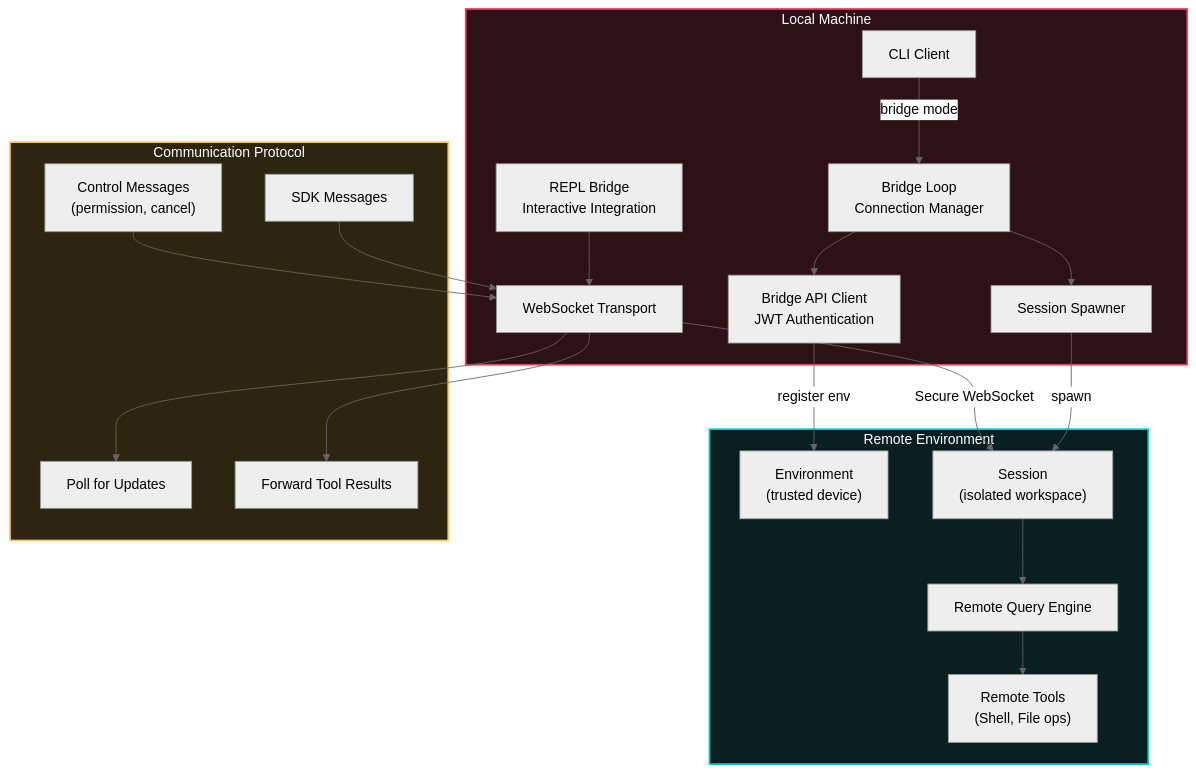
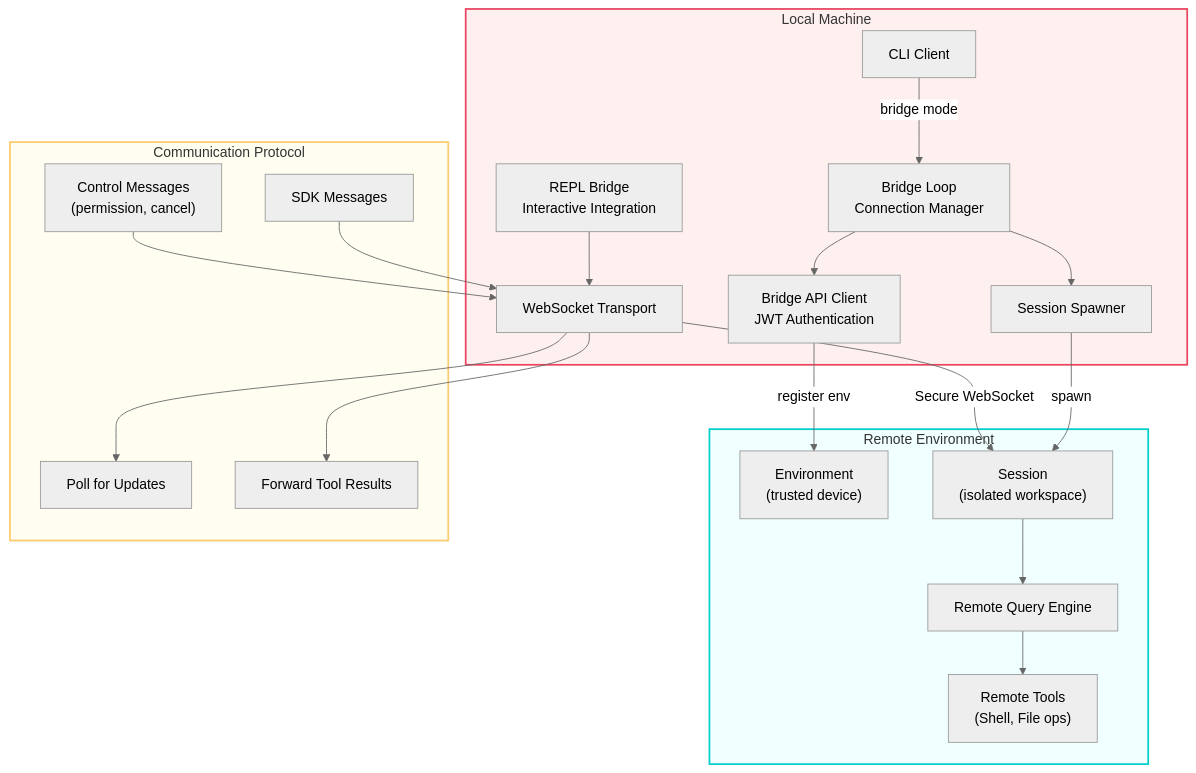
Before and after one commit to PavelValentov/multi-agent-architecture: diagram 11 of 14 in DIAGRAMS.md, drawn with Mermaid (neutral theme). The commit also changed other lines of this file, not shown here.

First line of the commit message:
Switch diagram backgrounds to light pastels for white theme compatibility

````diff
--- a/DIAGRAMS.md
+++ b/DIAGRAMS.md
@@ -866,44 +866,44 @@
 ```mermaid
 graph TB
     subgraph Local["Local Machine"]
         LOCAL_CLI["CLI Client"]
         BRIDGE_MAIN["Bridge Loop<br/>Connection Manager"]
         BRIDGE_API["Bridge API Client<br/>JWT Authentication"]
         SESSION_RUN["Session Spawner"]
         REPL_BRIDGE["REPL Bridge<br/>Interactive Integration"]
         WS_TRANSPORT["WebSocket Transport"]
     end
 
     subgraph Remote["Remote Environment"]
         ENV["Environment<br/>(trusted device)"]
         SESSION["Session<br/>(isolated workspace)"]
         REMOTE_QE["Remote Query Engine"]
         REMOTE_TOOLS["Remote Tools<br/>(Shell, File ops)"]
     end
 
     subgraph Protocol["Communication Protocol"]
         SDK_MSG["SDK Messages"]
         CTRL_MSG["Control Messages<br/>(permission, cancel)"]
         POLL["Poll for Updates"]
         FORWARD["Forward Tool Results"]
     end
 
     LOCAL_CLI -->|"bridge mode"| BRIDGE_MAIN
     BRIDGE_MAIN --> BRIDGE_API
     BRIDGE_API -->|"register env"| ENV
     BRIDGE_MAIN --> SESSION_RUN
     SESSION_RUN -->|"spawn"| SESSION
     SESSION --> REMOTE_QE
     REMOTE_QE --> REMOTE_TOOLS
     REPL_BRIDGE --> WS_TRANSPORT
     WS_TRANSPORT -->|"Secure WebSocket"| SESSION
 
     SDK_MSG --> WS_TRANSPORT
     CTRL_MSG --> WS_TRANSPORT
     WS_TRANSPORT --> POLL
     WS_TRANSPORT --> FORWARD
 
-    style Local fill:#2d1117,stroke:#e94560,stroke-width:2px,color:#fff
-    style Remote fill:#0a2020,stroke:#00cec9,stroke-width:2px,color:#fff
-    style Protocol fill:#2d2510,stroke:#fdcb6e,stroke-width:2px,color:#fff
+    style Local fill:#fff0f0,stroke:#e94560,stroke-width:2px,color:#333
+    style Remote fill:#f0ffff,stroke:#00cec9,stroke-width:2px,color:#333
+    style Protocol fill:#fffef0,stroke:#fdcb6e,stroke-width:2px,color:#333
 ```
````
